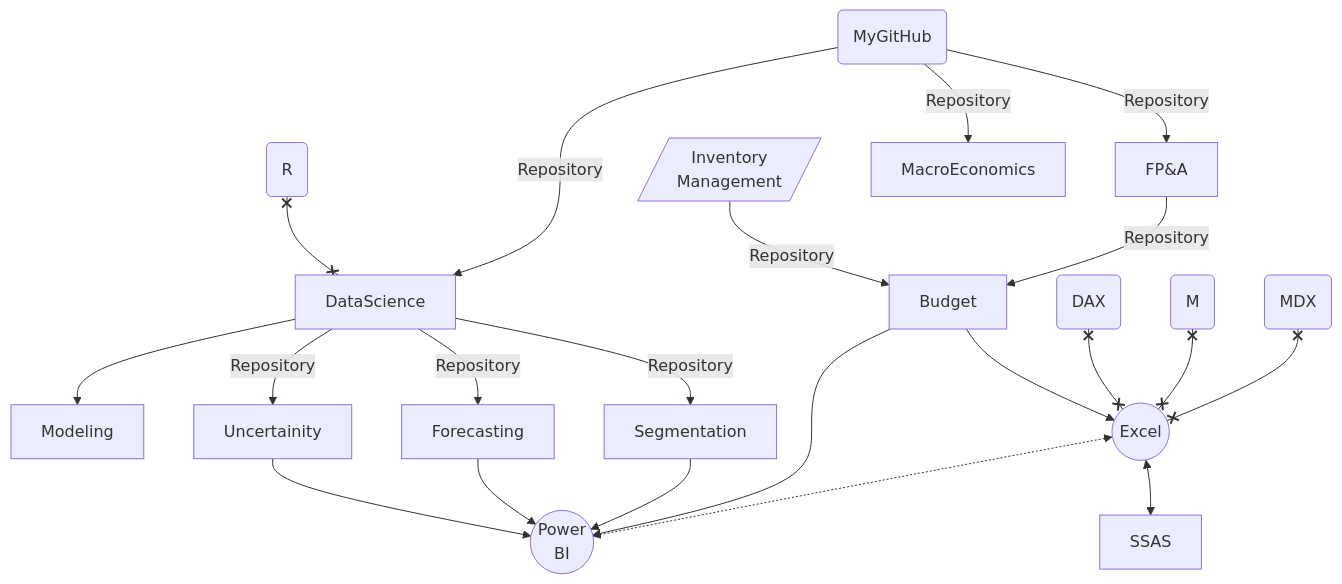
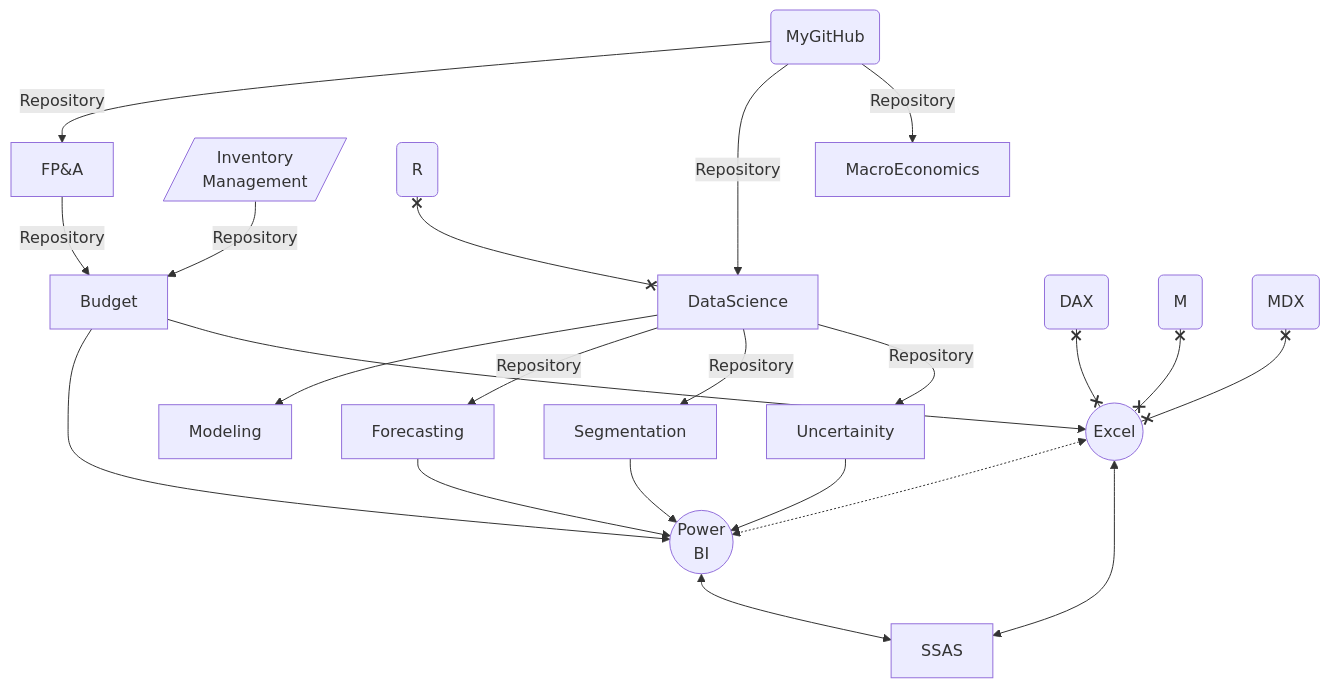
One commit to md3629/md3629 changed the diagram in README.md. Above: the diagram before and after it, drawn with Mermaid.

````diff
--- a/README.md
+++ b/README.md
@@ -9,23 +9,24 @@
 ```mermaid
 graph TD;
     my(MyGitHub)-->|Repository|FP&A;
     Inv[/Inventory<br>Management/]-->|Repository|Budget;
     FP&A-->|Repository|Budget;
     R( R )x--xDataScience;
     my(MyGitHub)-->|Repository|DataScience;
     my(MyGitHub)-->|Repository|MacroEconomics;
     DataScience-->Modeling;
     DataScience--Repository-->Forecasting;
     DataScience--Repository-->Segmentation;
     DataScience--Repository-->Uncertainity;
     Uncertainity-->P((Power<br>BI));
     Forecasting-->P((Power<br>BI));
     Segmentation-->P((Power<br>BI));
     Budget-->P((Power<br>BI));
     Budget-->E((Excel));
     D(DAX)x--xE((Excel));
     M(M)x--xE((Excel));
     E((Excel))<-.->P((Power<br>BI));
     A(MDX)x--xE((Excel));
     E((Excel))<-->SSAS
+P((Power<br>BI))<-->SSAS
 ```
````
